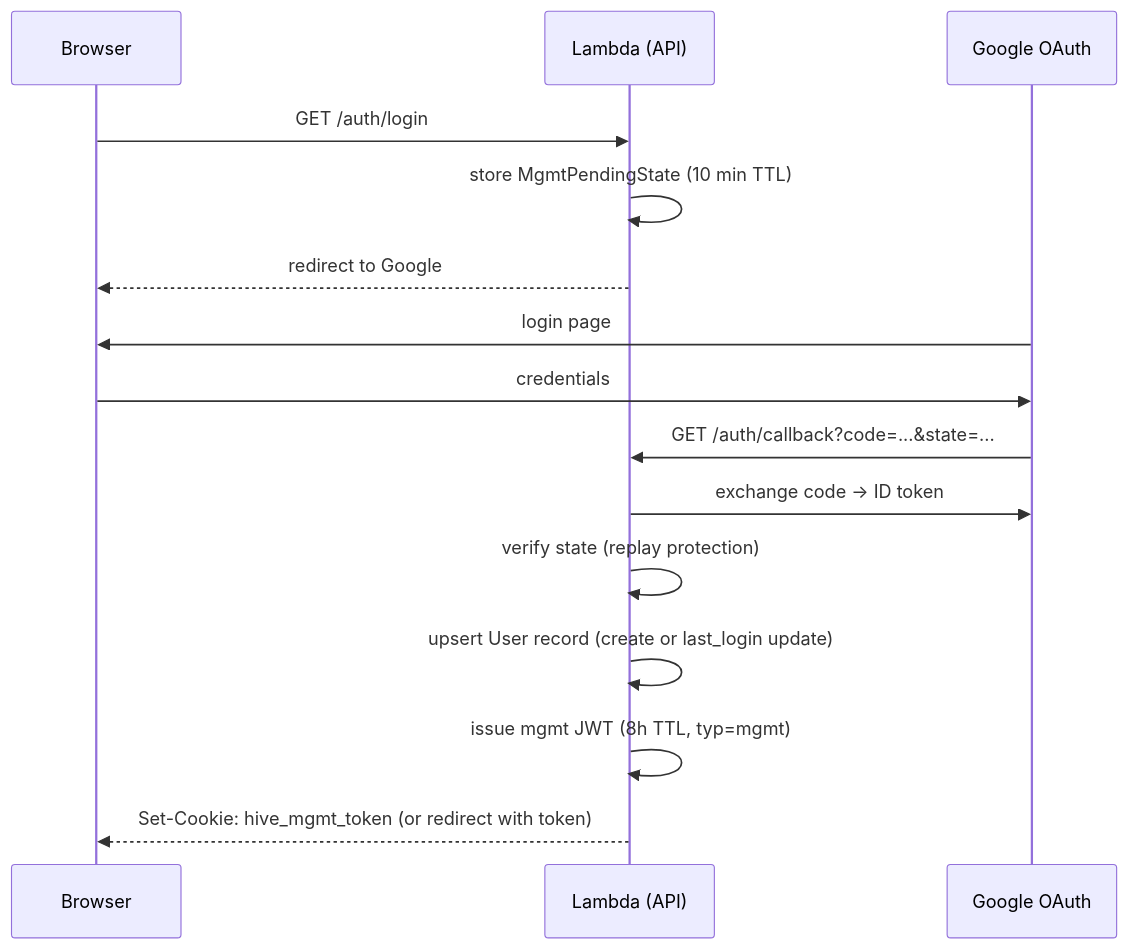
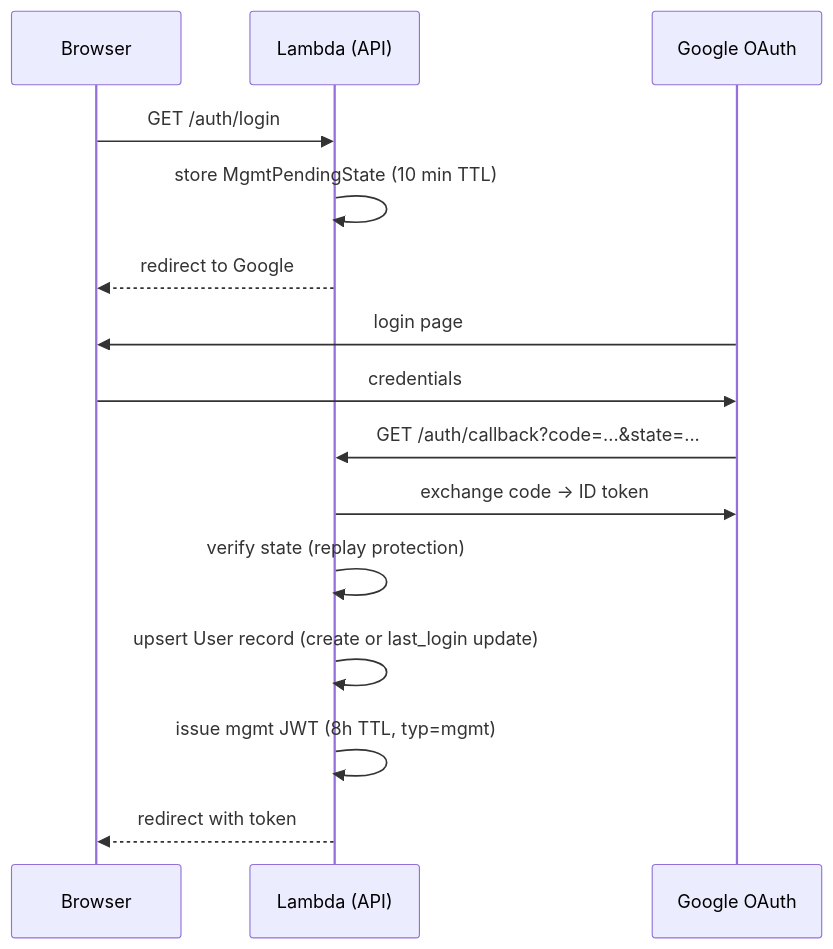
The third of 5 diagrams in docs/architecture.md (warlordofmars/agentcore-starter), drawn with Mermaid before and after one commit. The commit also changed other lines of this file and 11 other files, not shown here.

````diff
--- a/docs/architecture.md
+++ b/docs/architecture.md
@@ -208,19 +110,19 @@
 ```mermaid
 sequenceDiagram
     participant B as Browser
     participant LA as Lambda (API)
     participant G as Google OAuth
 
     B->>LA: GET /auth/login
     LA->>LA: store MgmtPendingState (10 min TTL)
     LA-->>B: redirect to Google
 
     G->>B: login page
     B->>G: credentials
     G->>LA: GET /auth/callback?code=...&state=...
     LA->>G: exchange code → ID token
     LA->>LA: verify state (replay protection)
     LA->>LA: upsert User record (create or last_login update)
     LA->>LA: issue mgmt JWT (8h TTL, typ=mgmt)
-    LA-->>B: Set-Cookie: hive_mgmt_token (or redirect with token)
+    LA-->>B: redirect with token
 ```
````
